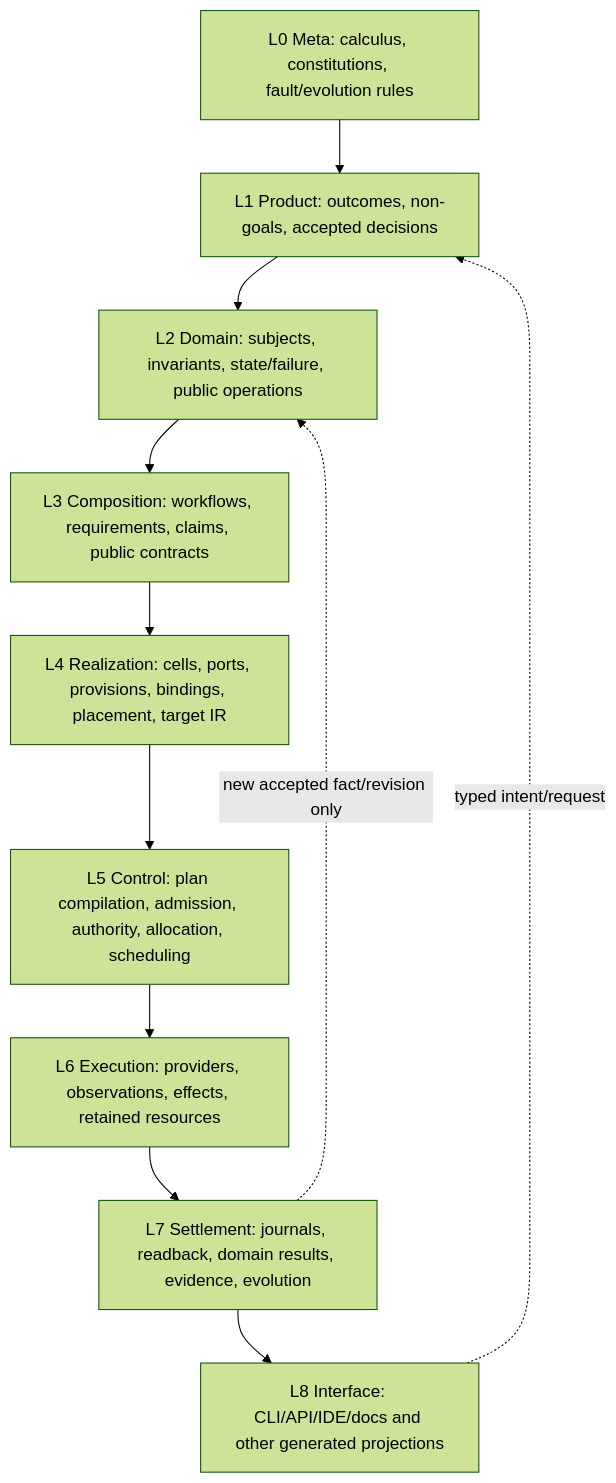
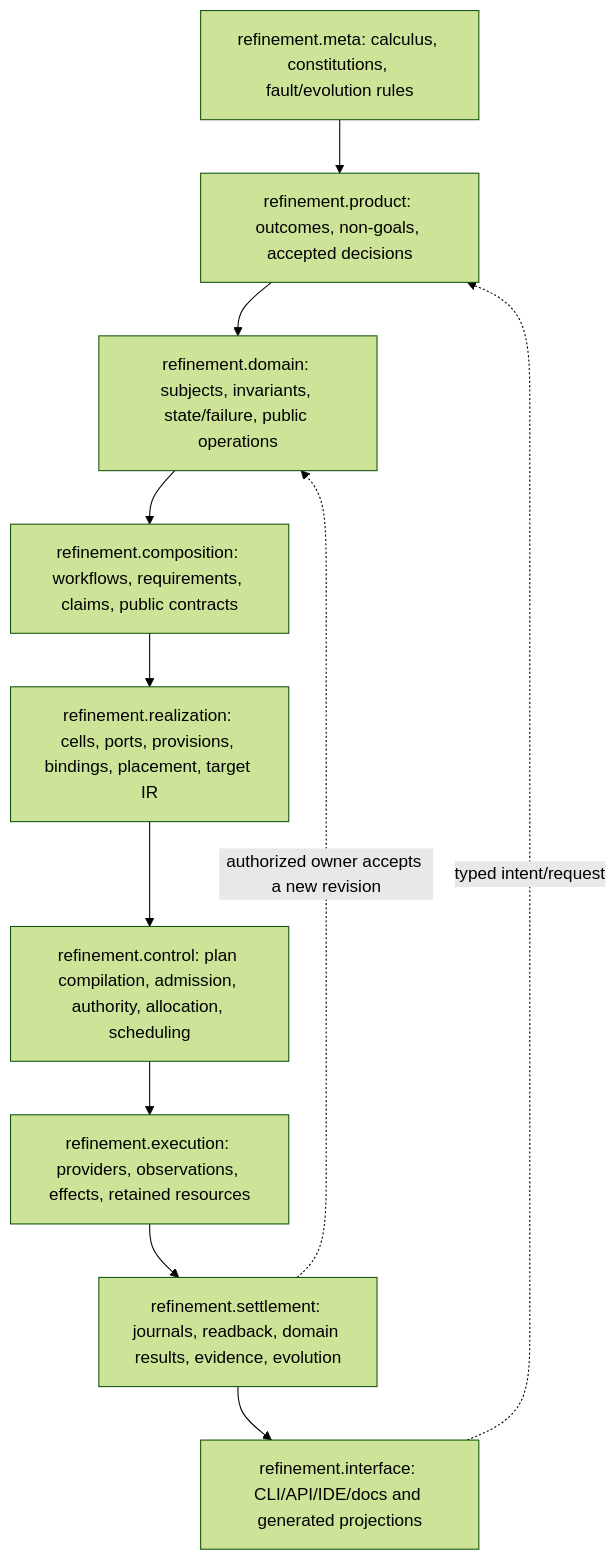
The second of 3 diagrams in docs/implementation-architecture.md (sec-platform/sec), drawn with Mermaid (forest theme) before and after one commit. The commit also changed other lines of this file and 14 other files, not shown here.

Commit message:
docs: close semantic architecture design

````diff
--- a/docs/implementation-architecture.md
+++ b/docs/implementation-architecture.md
@@ -49,15 +49,15 @@
 ```mermaid
 flowchart TB
-  L0[L0 Meta: calculus, constitutions, fault/evolution rules]
-  L1[L1 Product: outcomes, non-goals, accepted decisions]
-  L2[L2 Domain: subjects, invariants, state/failure, public operations]
-  L3[L3 Composition: workflows, requirements, claims, public contracts]
-  L4[L4 Realization: cells, ports, provisions, bindings, placement, target IR]
-  L5[L5 Control: plan compilation, admission, authority, allocation, scheduling]
-  L6[L6 Execution: providers, observations, effects, retained resources]
-  L7[L7 Settlement: journals, readback, domain results, evidence, evolution]
-  L8[L8 Interface: CLI/API/IDE/docs and other generated projections]
-  L0 --> L1 --> L2 --> L3 --> L4 --> L5 --> L6 --> L7 --> L8
-  L8 -. typed intent/request .-> L1
-  L7 -. new accepted fact/revision only .-> L2
+  META[refinement.meta: calculus, constitutions, fault/evolution rules]
+  PRODUCT[refinement.product: outcomes, non-goals, accepted decisions]
+  DOMAIN[refinement.domain: subjects, invariants, state/failure, public operations]
+  COMPOSE[refinement.composition: workflows, requirements, claims, public contracts]
+  REALIZE[refinement.realization: cells, ports, provisions, bindings, placement, target IR]
+  CONTROL[refinement.control: plan compilation, admission, authority, allocation, scheduling]
+  EXECUTE[refinement.execution: providers, observations, effects, retained resources]
+  SETTLE[refinement.settlement: journals, readback, domain results, evidence, evolution]
+  INTERFACE[refinement.interface: CLI/API/IDE/docs and generated projections]
+  META --> PRODUCT --> DOMAIN --> COMPOSE --> REALIZE --> CONTROL --> EXECUTE --> SETTLE --> INTERFACE
+  INTERFACE -. typed intent/request .-> PRODUCT
+  SETTLE -. authorized owner accepts a new revision .-> DOMAIN
 ```
````
